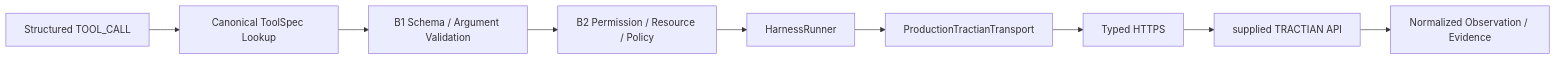
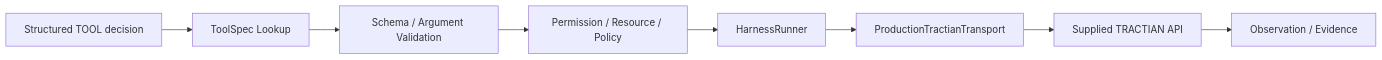
One commit to pablo-marchina/academy-tractian changed the fourth of 12 diagrams in docs/presentation/ARCHITECTURE-OVERLAYS.md. Above: the diagram before and after it, drawn with Mermaid. The commit also changed other lines of this file and 5 other files, not shown here.

````diff
--- a/docs/presentation/ARCHITECTURE-OVERLAYS.md
+++ b/docs/presentation/ARCHITECTURE-OVERLAYS.md
@@ -109,14 +82,13 @@
 ```mermaid
 flowchart LR
-    D[Structured TOOL_CALL]
-    TS[Canonical ToolSpec Lookup]
-    B1[B1 Schema / Argument Validation]
-    B2[B2 Permission / Resource / Policy]
+    D[Structured TOOL decision]
+    TS[ToolSpec Lookup]
+    B1[Schema / Argument Validation]
+    B2[Permission / Resource / Policy]
     HR[HarnessRunner]
     PT[ProductionTractianTransport]
-    HTTP[Typed HTTPS]
-    API[supplied TRACTIAN API]
-    OBS[Normalized Observation / Evidence]
+    API[Supplied TRACTIAN API]
+    OBS[Observation / Evidence]
 
-    D --> TS --> B1 --> B2 --> HR --> PT --> HTTP --> API --> OBS
+    D --> TS --> B1 --> B2 --> HR --> PT --> API --> OBS
 ```
````
